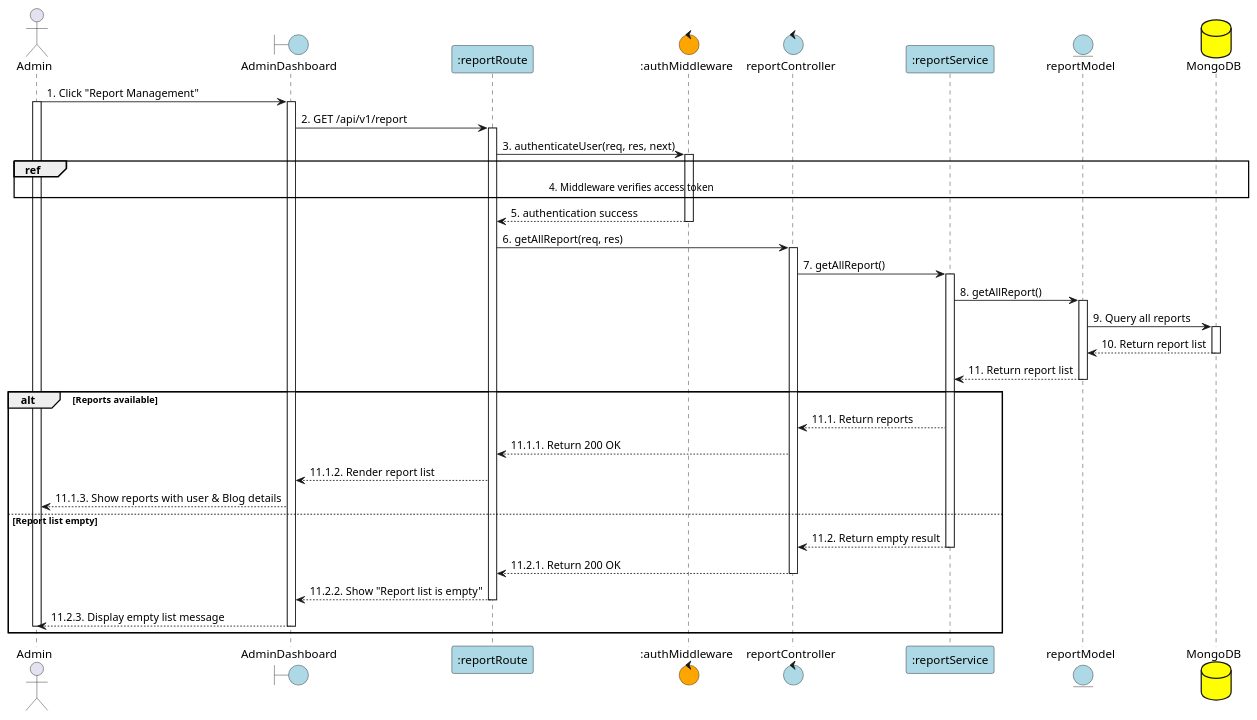
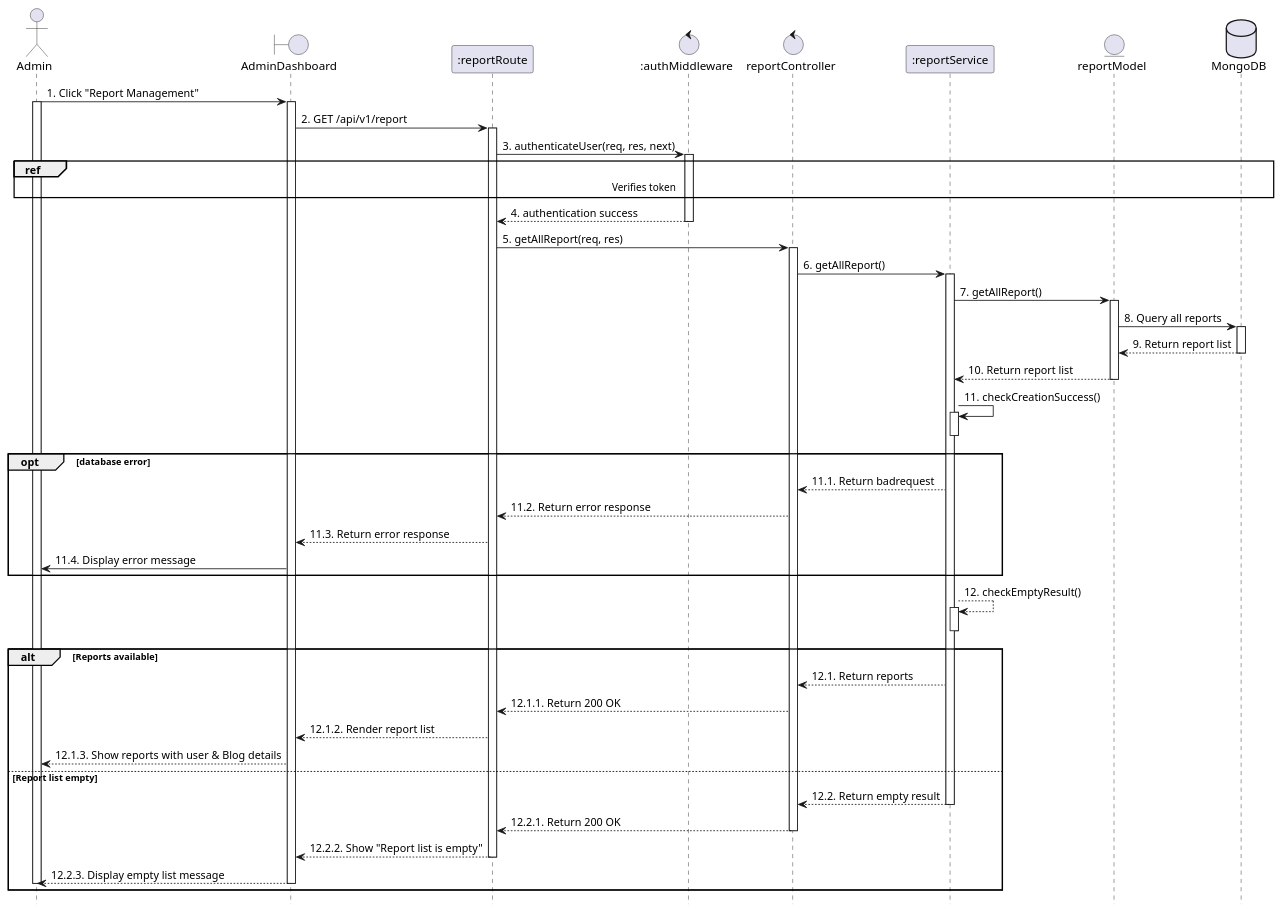
One commit to VietDurian/VietDurian changed the diagram in planuml/web/19.2_viewReport.puml. Above: the diagram before and after it, drawn with PlantUML. The commit also changed 22 other files, not shown here.

Commit message:
update sequence + be: fix type-product-pagination

```diff
--- a/planuml/web/19.2_viewReport.puml
+++ b/planuml/web/19.2_viewReport.puml
@@ -1,57 +1,73 @@
 @startuml ViewReportList
 
 actor Admin
-boundary "AdminDashboard" as View #lightblue
-participant ":reportRoute" as Route #lightblue
-control ":authMiddleware" as Auth #Orange
-control "reportController" as Controller #lightblue
-participant ":reportService" as Service #lightblue
-entity "reportModel" as Model #lightblue
-database "MongoDB" as MongoDB #yellow
+boundary "AdminDashboard" as View
+participant ":reportRoute" as Route
+control ":authMiddleware" as Auth
+control "reportController" as Controller 
+participant ":reportService" as Service 
+entity "reportModel" as Model 
+database "MongoDB" as MongoDB 
+hide footbox
 
 Admin -> View: 1. Click "Report Management"
 activate Admin
 activate View
 
 View -> Route: 2. GET /api/v1/report
 activate Route
 
 Route -> Auth: 3. authenticateUser(req, res, next)
 activate Auth
-ref over Admin, View, Route, Auth, Controller, Service, Model, MongoDB : 4. Middleware verifies access token
+ref over Admin, MongoDB : Verifies token
 
-Auth --> Route: 5. authentication success
+Auth --> Route: 4. authentication success
 deactivate Auth
 
-Route -> Controller: 6. getAllReport(req, res)
+Route -> Controller: 5. getAllReport(req, res)
 activate Controller
 
-Controller -> Service: 7. getAllReport()
+Controller -> Service: 6. getAllReport()
 activate Service
 
-Service -> Model: 8. getAllReport()
+Service -> Model: 7. getAllReport()
 activate Model
-Model -> MongoDB: 9. Query all reports
+Model -> MongoDB: 8. Query all reports
 activate MongoDB
-MongoDB --> Model: 10. Return report list
+MongoDB --> Model: 9. Return report list
 deactivate MongoDB
-Model --> Service: 11. Return report list
+Model --> Service: 10. Return report list
 deactivate Model
 
+Service -> Service: 11. checkCreationSuccess()
+activate Service
+deactivate Service
+
+opt database error
+    Service --> Controller: 11.1. Return badrequest
+    Controller --> Route: 11.2. Return error response
+    Route --> View: 11.3. Return error response
+    View -> Admin: 11.4. Display error message
+end
+
+Service --> Service: 12. checkEmptyResult()
+activate Service
+deactivate Service
+
 alt Reports available
-    Service --> Controller: 11.1. Return reports
-    Controller --> Route: 11.1.1. Return 200 OK 
-    Route --> View: 11.1.2. Render report list
-    View --> Admin: 11.1.3. Show reports with user & Blog details
+    Service --> Controller: 12.1. Return reports
+    Controller --> Route: 12.1.1. Return 200 OK 
+    Route --> View: 12.1.2. Render report list
+    View --> Admin: 12.1.3. Show reports with user & Blog details
 else Report list empty
-    Service --> Controller: 11.2. Return empty result
+    Service --> Controller: 12.2. Return empty result
     deactivate Service
-    Controller --> Route: 11.2.1. Return 200 OK 
+    Controller --> Route: 12.2.1. Return 200 OK 
     deactivate Controller
-    Route --> View: 11.2.2. Show "Report list is empty"
+    Route --> View: 12.2.2. Show "Report list is empty"
     deactivate Route
-    View --> Admin: 11.2.3. Display empty list message
+    View --> Admin: 12.2.3. Display empty list message
     deactivate View
     deactivate Admin
 end
 @enduml
```
